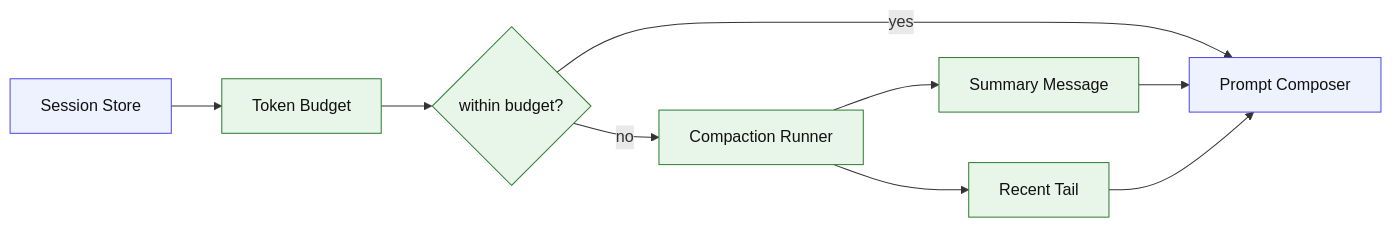
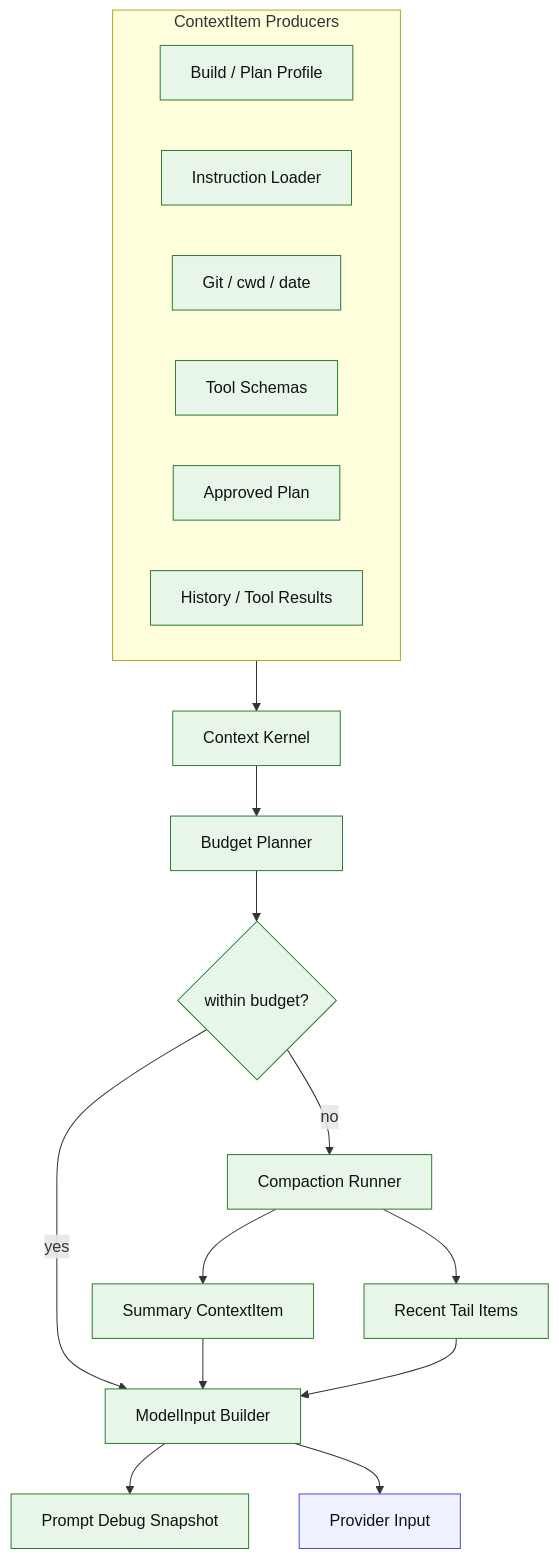
One commit to 1330482928/kai-code-agent changed the diagram in code-agent-roadmap/architecture/diagrams/stage-06.md. Above: the diagram before and after it, drawn with Mermaid. The commit also changed 41 other files, not shown here.

Commit message:
docs(roadmap): refresh staged agent roadmap

````diff
--- a/code-agent-roadmap/architecture/diagrams/stage-06.md
+++ b/code-agent-roadmap/architecture/diagrams/stage-06.md
@@ -3,16 +3,28 @@
 ```mermaid
-flowchart LR
-  Store["Session Store"] --> Budget["Token Budget"]
+flowchart TB
+  subgraph Producers["ContextItem Producers"]
+    Profile["Build / Plan Profile"]
+    Instructions["Instruction Loader"]
+    Runtime["Git / cwd / date"]
+    Tools["Tool Schemas"]
+    Plan["Approved Plan"]
+    History["History / Tool Results"]
+  end
+
+  Producers --> Kernel["Context Kernel"]
+  Kernel --> Budget["Budget Planner"]
   Budget --> Decision{"within budget?"}
-  Decision -->|yes| Prompt["Prompt Composer"]
+  Decision -->|yes| Builder["ModelInput Builder"]
   Decision -->|no| Compact["Compaction Runner"]
-  Compact --> Summary["Summary Message"]
-  Compact --> Tail["Recent Tail"]
-  Summary --> Prompt
-  Tail --> Prompt
+  Compact --> Summary["Summary ContextItem"]
+  Compact --> Tail["Recent Tail Items"]
+  Summary --> Builder
+  Tail --> Builder
+  Builder --> Debug["Prompt Debug Snapshot"]
+  Builder --> Provider["Provider Input"]
 
   classDef existing fill:#eef2ff,stroke:#4f46e5,color:#111;
   classDef new fill:#e8f5e9,stroke:#2e7d32,color:#111;
-  class Store,Prompt existing;
-  class Budget,Decision,Compact,Summary,Tail new;
+  class Provider existing;
+  class Profile,Instructions,Runtime,Tools,Plan,History,Kernel,Budget,Decision,Compact,Summary,Tail,Builder,Debug new;
 ```
````
